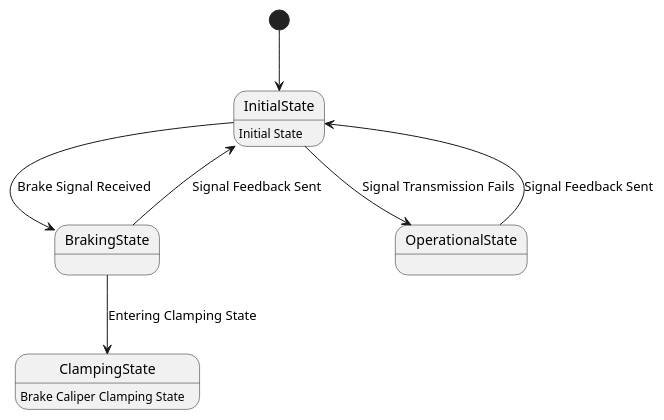
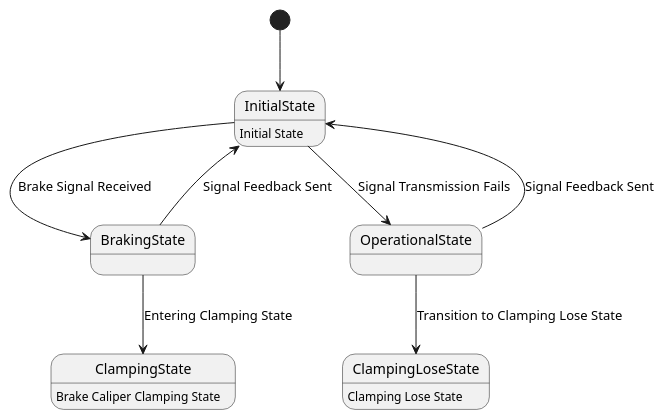
Before and after one commit to HansBug/research_ideas: the diagram in project_1_llm_state_machine_modeling/paper_stm_repair/pipeline/representation/reports/llms_emp_r45_java_60/pairs/0001/README.md, drawn with PlantUML. The commit also changed other lines of this file and 622 other files, not shown here.

First line of the commit message:
fix(paper1): 切换Phase-II最终池并重建PlantUML转换证据

````diff
--- a/project_1_llm_state_machine_modeling/paper_stm_repair/pipeline/representation/reports/llms_emp_r45_java_60/pairs/0001/README.md
+++ b/project_1_llm_state_machine_modeling/paper_stm_repair/pipeline/representation/reports/llms_emp_r45_java_60/pairs/0001/README.md
@@ -27,15 +75,18 @@
 ```plantuml
 @startuml
 [*] --> InitialState
 InitialState: Initial State
 
 InitialState --> BrakingState : Brake Signal Received
 InitialState --> OperationalState : Signal Transmission Fails
 
 BrakingState --> ClampingState : Entering Clamping State
 ClampingState : Brake Caliper Clamping State
 
 OperationalState --> InitialState : Signal Feedback Sent
 BrakingState --> InitialState : Signal Feedback Sent
+
+OperationalState --> ClampingLoseState : Transition to Clamping Lose State
+ClampingLoseState : Clamping Lose State
 @enduml
 ```
````
